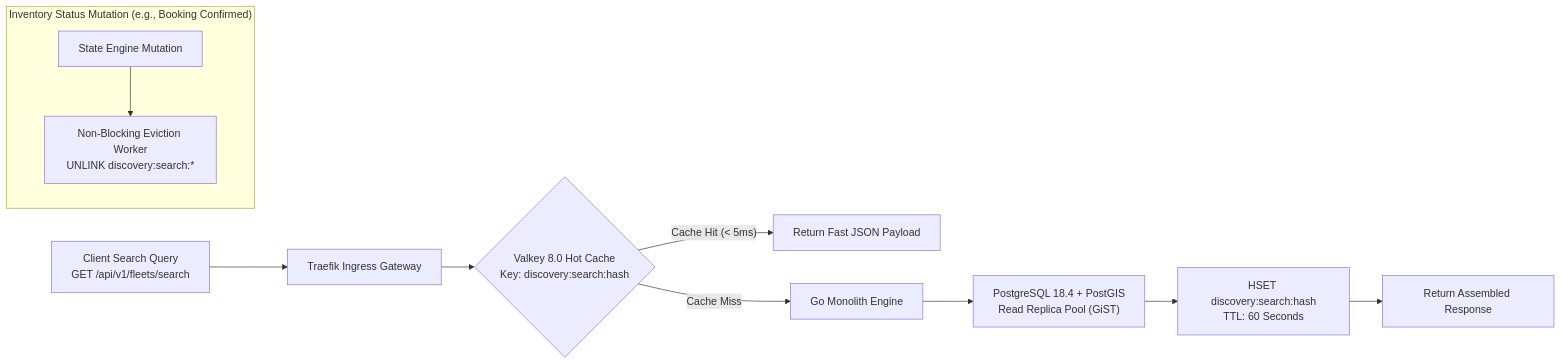
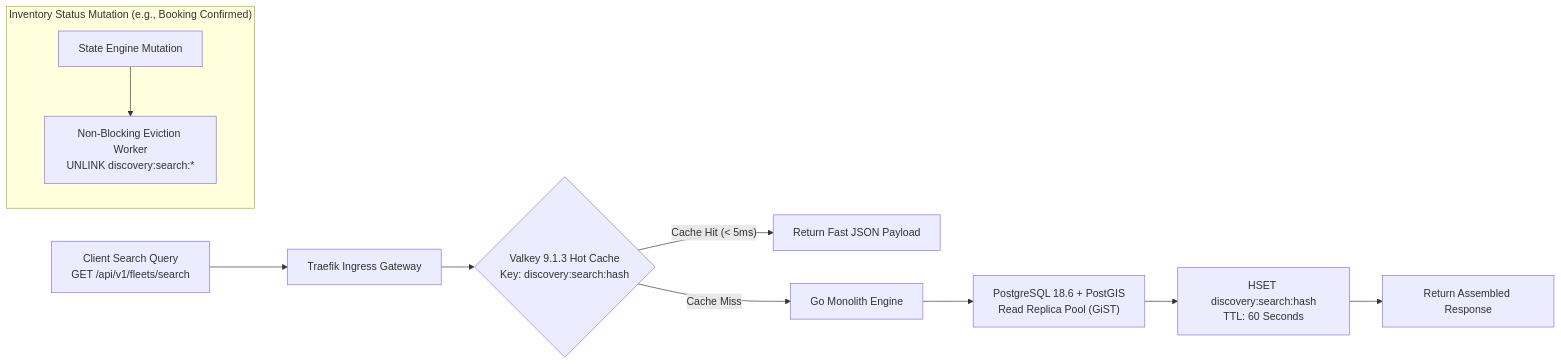
Before and after one commit to YDink/Heavy-Machinery-Logistics-Rental: the first of 3 diagrams in docs/shared/requirements/09-non-functional.md, drawn with Mermaid. The commit also changed other lines of this file and 212 other files, not shown here.

````diff
--- a/docs/shared/requirements/09-non-functional.md
+++ b/docs/shared/requirements/09-non-functional.md
@@ -126,17 +126,17 @@
 ```mermaid
 flowchart LR
     ClientRequest["Client Search Query<br/>GET /api/v1/fleets/search"] --> EdgeIngress["Traefik Ingress Gateway"]
     
-    EdgeIngress --> CheckValkey{"Valkey 8.0 Hot Cache<br/>Key: discovery:search:hash"}
+    EdgeIngress --> CheckValkey{"Valkey 9.1.3 Hot Cache<br/>Key: discovery:search:hash"}
     
     CheckValkey -->|"Cache Hit (< 5ms)"| ReturnCache["Return Fast JSON Payload"]
     CheckValkey -->|"Cache Miss"| GoMonolith["Go Monolith Engine"]
     
-    GoMonolith --> QueryDB["PostgreSQL 18.4 + PostGIS<br/>Read Replica Pool (GiST)"]
+    GoMonolith --> QueryDB["PostgreSQL 18.6 + PostGIS<br/>Read Replica Pool (GiST)"]
     QueryDB --> PopulateCache["HSET discovery:search:hash<br/>TTL: 60 Seconds"]
     PopulateCache --> ReturnWire["Return Assembled Response"]
     
     subgraph MutationEvent["Inventory Status Mutation (e.g., Booking Confirmed)"]
         StateChange["State Engine Mutation"] --> InvalidateCache["Non-Blocking Eviction Worker<br/>UNLINK discovery:search:*"]
     end
 ```
````
